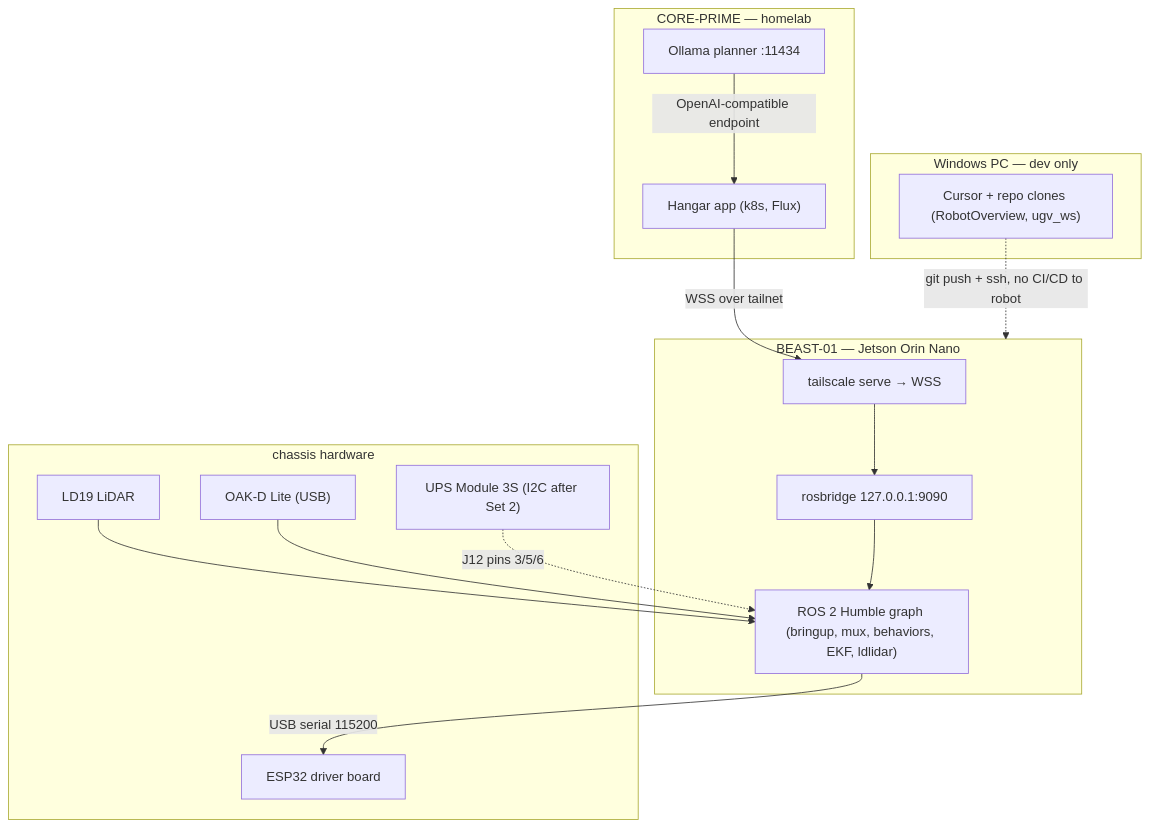
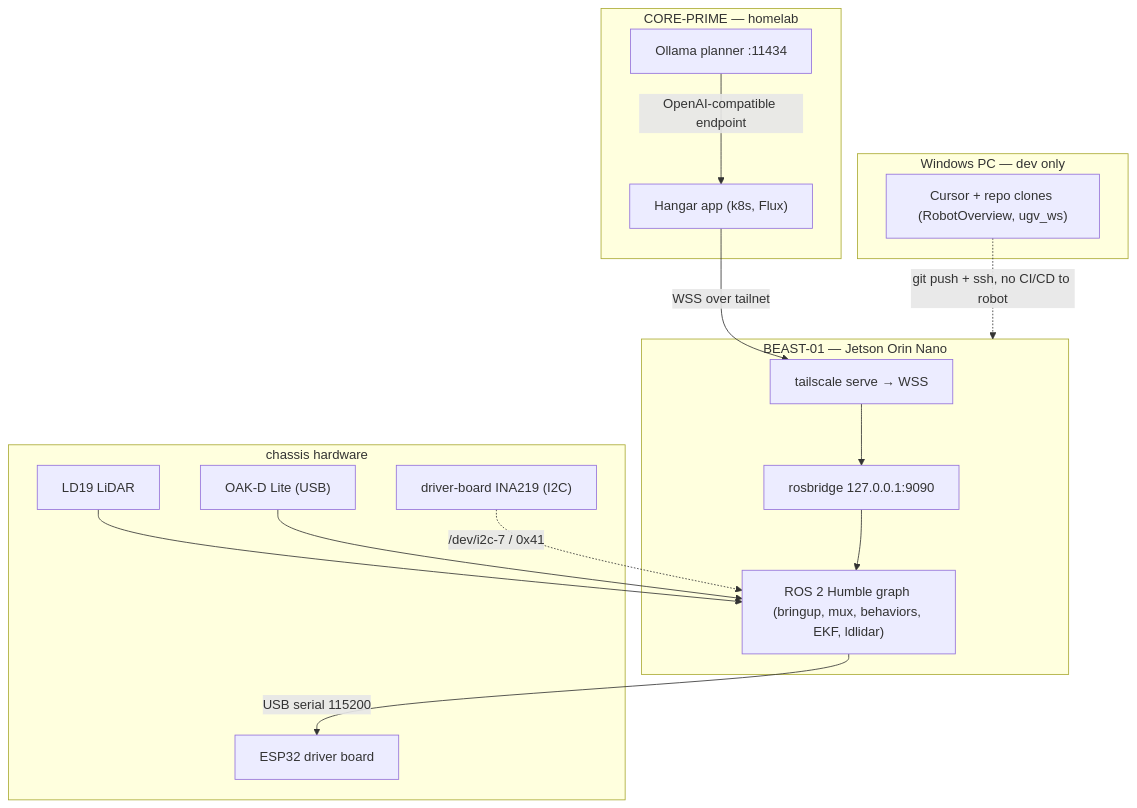
One commit to Coldaine/RobotOverview changed the third of 4 diagrams in docs/beast-control-topology.md. Above: the diagram before and after it, drawn with Mermaid. The commit also changed other lines of this file and 21 other files, not shown here.

````diff
--- a/docs/beast-control-topology.md
+++ b/docs/beast-control-topology.md
@@ -109,30 +107,30 @@
 ```mermaid
 flowchart TB
   subgraph pc ["Windows PC — dev only"]
     DEV["Cursor + repo clones (RobotOverview, ugv_ws)"]
   end
   subgraph prime ["CORE-PRIME — homelab"]
     K8S["Hangar app (k8s, Flux)"]
     OLL["Ollama planner :11434"]
   end
   subgraph jet ["BEAST-01 — Jetson Orin Nano"]
     TSS["tailscale serve → WSS"]
     RBS["rosbridge 127.0.0.1:9090"]
     ROSG["ROS 2 Humble graph (bringup, mux, behaviors, EKF, ldlidar)"]
     TSS --> RBS
     RBS --> ROSG
   end
   subgraph chassis ["chassis hardware"]
     ESP2["ESP32 driver board"]
     LD2["LD19 LiDAR"]
     OAK2["OAK-D Lite (USB)"]
-    UPS2["UPS Module 3S (I2C after Set 2)"]
+    PWR2["driver-board INA219 (I2C)"]
   end
   K8S -->|"WSS over tailnet"| TSS
   OLL -->|"OpenAI-compatible endpoint"| K8S
   ROSG -->|"USB serial 115200"| ESP2
   LD2 --> ROSG
   OAK2 --> ROSG
-  UPS2 -.->|"J12 pins 3/5/6"| ROSG
+  PWR2 -.->|"/dev/i2c-7 / 0x41"| ROSG
   DEV -.->|"git push + ssh, no CI/CD to robot"| jet
 ```
````
